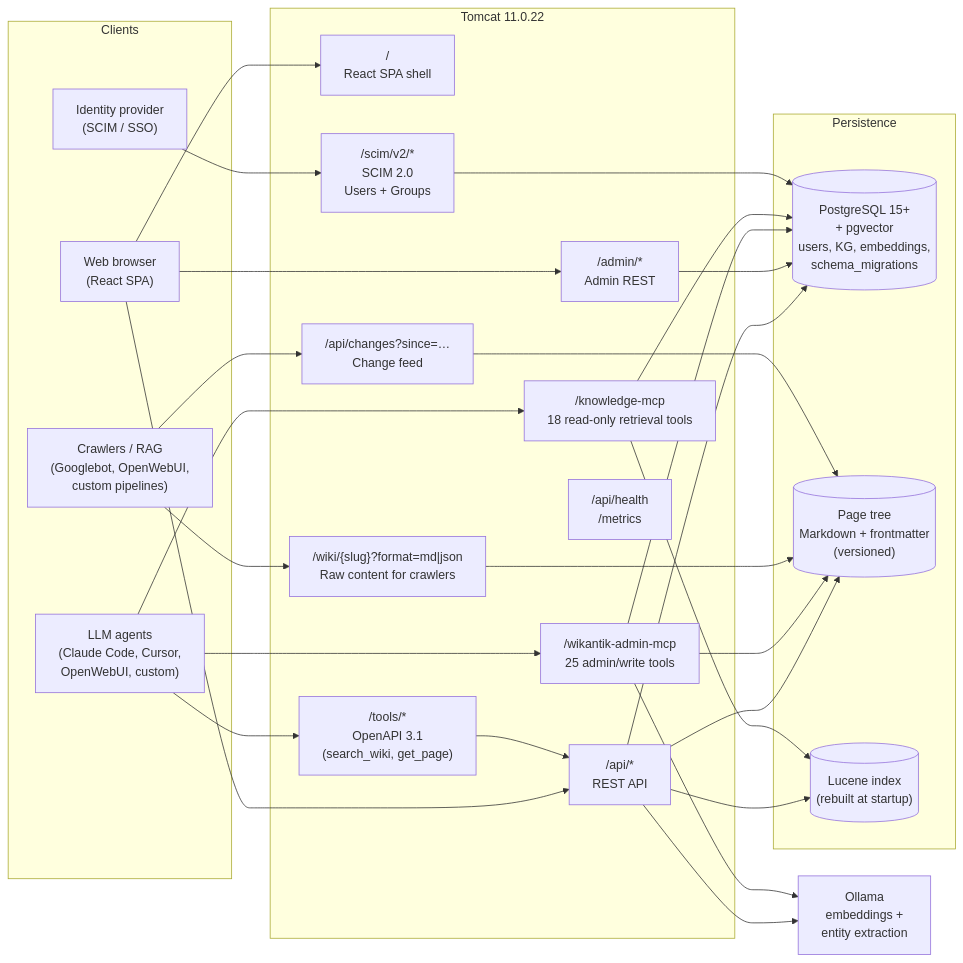
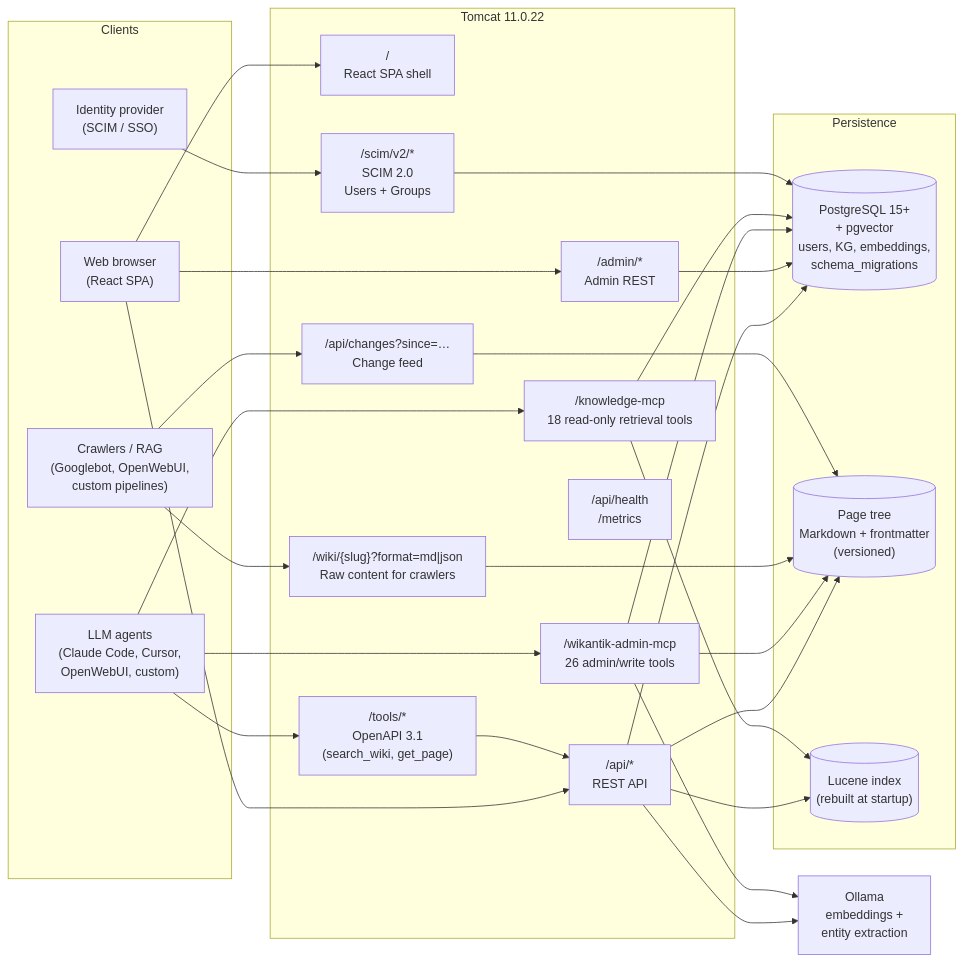
One commit to jakefearsd/wikantik changed the diagram in README.md. Above: the diagram before and after it, drawn with Mermaid. The commit also changed other lines of this file and 2 other files, not shown here.

Commit message:
docs: admin-mcp 25->26 (list_retrieval_queries) + verify_pages retrieval_readiness

````diff
--- a/README.md
+++ b/README.md
@@ -96,56 +96,56 @@
 ```mermaid
 flowchart LR
     subgraph clients [Clients]
         Browser["Web browser<br/>(React SPA)"]
         Agent["LLM agents<br/>(Claude Code, Cursor,<br/>OpenWebUI, custom)"]
         Crawler["Crawlers / RAG<br/>(Googlebot, OpenWebUI,<br/>custom pipelines)"]
         IdP["Identity provider<br/>(SCIM / SSO)"]
     end
 
     subgraph tomcat [Tomcat 11.0.22]
         SPA["/<br/>React SPA shell"]
         REST["/api/*<br/>REST API"]
         Admin["/admin/*<br/>Admin REST"]
         Raw["/wiki/{slug}?format=md|json<br/>Raw content for crawlers"]
         Changes["/api/changes?since=…<br/>Change feed"]
-        AdminMCP["/wikantik-admin-mcp<br/>25 admin/write tools"]
+        AdminMCP["/wikantik-admin-mcp<br/>26 admin/write tools"]
         KnowMCP["/knowledge-mcp<br/>18 read-only retrieval tools"]
         Tools["/tools/*<br/>OpenAPI 3.1<br/>(search_wiki, get_page)"]
         Scim["/scim/v2/*<br/>SCIM 2.0<br/>Users + Groups"]
         Health["/api/health<br/>/metrics"]
     end
 
     subgraph data [Persistence]
         PG[("PostgreSQL 15+<br/>+ pgvector<br/>users, KG, embeddings,<br/>schema_migrations")]
         Pages[("Page tree<br/>Markdown + frontmatter<br/>(versioned)")]
         Lucene[("Lucene index<br/>(rebuilt at startup)")]
     end
 
     Ollama["Ollama<br/>embeddings +<br/>entity extraction"]
 
     Browser --> SPA
     Browser --> REST
     Browser --> Admin
     Crawler --> Raw
     Crawler --> Changes
     Agent --> AdminMCP
     Agent --> KnowMCP
     Agent --> Tools
     IdP --> Scim
 
     REST --> PG
     REST --> Pages
     REST --> Lucene
     Admin --> PG
     AdminMCP --> PG
     AdminMCP --> Pages
     KnowMCP --> PG
     KnowMCP --> Lucene
     Raw --> Pages
     Changes --> Pages
     Tools --> REST
     Scim --> PG
 
     REST --> Ollama
     AdminMCP --> Ollama
 ```
````
